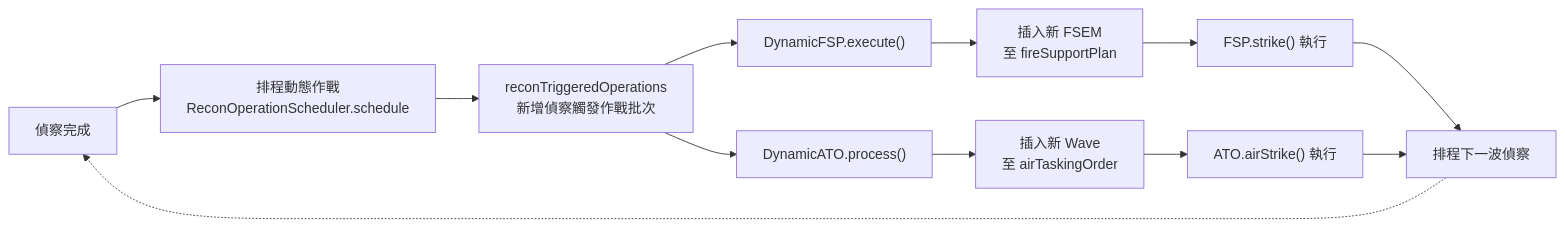
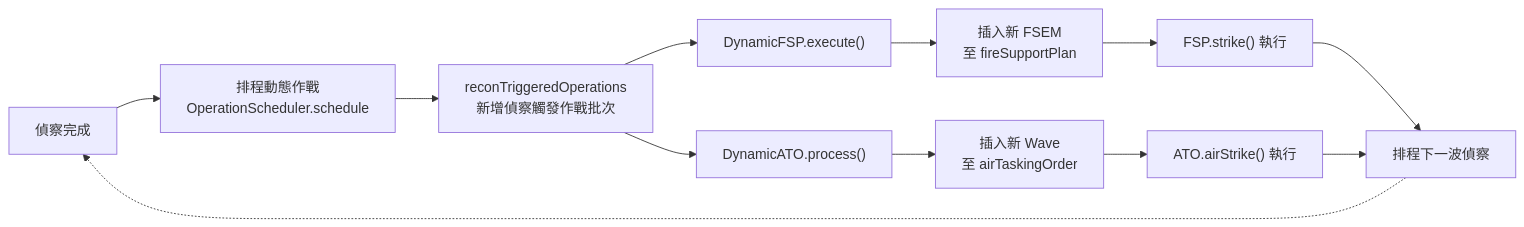
One commit to pullupjumper/formosa-in-flames changed the second of 3 diagrams in docs/strikePlanner/README.md. Above: the diagram before and after it, drawn with Mermaid. The commit also changed other lines of this file and 30 other files, not shown here.

````diff
--- a/docs/strikePlanner/README.md
+++ b/docs/strikePlanner/README.md
@@ -120,25 +119,25 @@
 ```mermaid
 flowchart LR
     RECON_COMPLETE["偵察完成"]
-    SCHED["排程動態作戰<br>ReconOperationScheduler.schedule"]
+    SCHED["排程動態作戰<br>OperationScheduler.schedule"]
     RECON_SCHED["reconTriggeredOperations<br>新增偵察觸發作戰批次"]
     DFSP_EXEC["DynamicFSP.execute()"]
     DATO_EXEC["DynamicATO.process()"]
     FSP_INSERT["插入新 FSEM<br>至 fireSupportPlan"]
     ATO_INSERT["插入新 Wave<br>至 airTaskingOrder"]
     FSP_EXEC["FSP.strike() 執行"]
     ATO_EXEC["ATO.airStrike() 執行"]
     NEXT_RECON["排程下一波偵察"]
 
     RECON_COMPLETE --> SCHED
     SCHED --> RECON_SCHED
     RECON_SCHED --> DFSP_EXEC
     RECON_SCHED --> DATO_EXEC
     DFSP_EXEC --> FSP_INSERT
     DATO_EXEC --> ATO_INSERT
     FSP_INSERT --> FSP_EXEC
     ATO_INSERT --> ATO_EXEC
     FSP_EXEC --> NEXT_RECON
     ATO_EXEC --> NEXT_RECON
     NEXT_RECON -.-> RECON_COMPLETE
 ```
````
